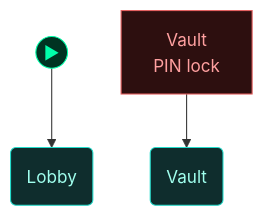
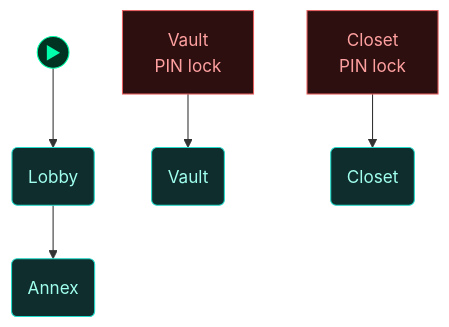
Before and after one commit to cliffe/BreakEscape: the first of 5 diagrams in scenarios/test_hidden_hostiles/dungeon_graph.md, drawn with Mermaid. The commit also changed other lines of this file and 7 other files, not shown here.

````diff
--- a/scenarios/test_hidden_hostiles/dungeon_graph.md
+++ b/scenarios/test_hidden_hostiles/dungeon_graph.md
@@ -55,31 +57,36 @@
 ```mermaid
 flowchart TD
 
   classDef room      fill:#0f2d2d,stroke:#22ddcc,color:#a0ffee
   classDef lock      fill:#2d0f0f,stroke:#e66060,color:#ffa0a0
   classDef key       fill:#2d0812,stroke:#e66060,color:#ffa0a0
   classDef item      fill:#2d1200,stroke:#e89030,color:#ffcc80
   classDef gate      fill:#111,stroke:#666,color:#eee
   classDef vm        fill:#0c1f40,stroke:#4a90d9,color:#a0c8ff
   classDef flag      fill:#1a0c2d,stroke:#9060d0,color:#cc99ff
   classDef action    fill:#1a1200,stroke:#cc9922,color:#ffee88
   classDef aim       fill:#0d2a0d,stroke:#44cc44,color:#88ff88
   classDef aim_gate  fill:#111111,stroke:#44cc44,color:#44cc44
   classDef container fill:#1a2d1a,stroke:#60b060,color:#a0e0a0
   classDef npc       fill:#2d1f0d,stroke:#d0a050,color:#ffe0a0
   classDef critical  fill:#2a1500,stroke:#ffaa00,color:#ffdd88
   classDef start     fill:#003322,stroke:#00ffaa,color:#00ffaa
 
   node_start(("▶"))
   node_start --> lobby
 
   door_vault["Vault<br/>PIN lock"]
   vault("Vault")
+  door_closet["Closet<br/>PIN lock"]
+  closet("Closet")
   lobby("Lobby")
+  annex("Annex")
 
   door_vault --> vault
+  door_closet --> closet
+  lobby --> annex
 
-  class door_vault lock
-  class vault,lobby room
+  class door_vault,door_closet lock
+  class vault,closet,lobby,annex room
   class node_start start
 ```
````
